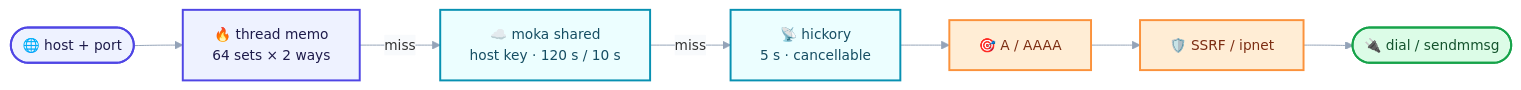
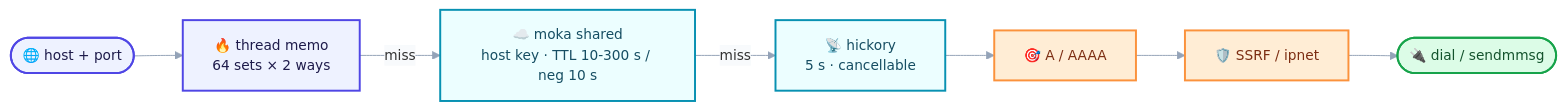
Before and after one commit to Terutoki/MyQUIC2: diagram 28 of 31 in README.md, drawn with Mermaid. The commit also changed other lines of this file and 9 other files, not shown here.

````diff
--- a/README.md
+++ b/README.md
@@ -2099,20 +2099,20 @@
 ```mermaid
 %%{init: {"theme":"base","themeVariables":{"fontSize":"14px","lineColor":"#94a3b8","textColor":"#0f172a","edgeLabelBackground":"#f8fafc"}}}%%
 flowchart LR
     accTitle: Resolver cache ladder
     accDescr: Resolution falls from the thread-local memo to the shared moka cache and then to hickory, before the address passes the SSRF gate.
     Q(["🌐 host + port"]) --> TM["🔥 thread memo<br/>64 sets × 2 ways"]
-    TM -->|"miss"| MK["☁️ moka shared<br/>host key · 120 s / 10 s"]
+    TM -->|"miss"| MK["☁️ moka shared<br/>host key · TTL 10-300 s / neg 10 s"]
     MK -->|"miss"| H["📡 hickory<br/>5 s · cancellable"]
     H --> C["🎯 A / AAAA"]
     C --> P["🛡️ SSRF / ipnet"]
     P --> O(["🔌 dial / sendmmsg"])
     classDef tunnel fill:#eef2ff,stroke:#4f46e5,stroke-width:2px,color:#1e1b4b
     classDef wire fill:#ecfeff,stroke:#0891b2,stroke-width:2px,color:#164e63
     classDef exit fill:#ffedd5,stroke:#fb923c,stroke-width:2px,color:#7c2d12
     classDef ok fill:#dcfce7,stroke:#16a34a,stroke-width:2px,color:#14532d
     class Q,TM tunnel
     class MK,H wire
     class C,P exit
     class O ok
 ```
````
